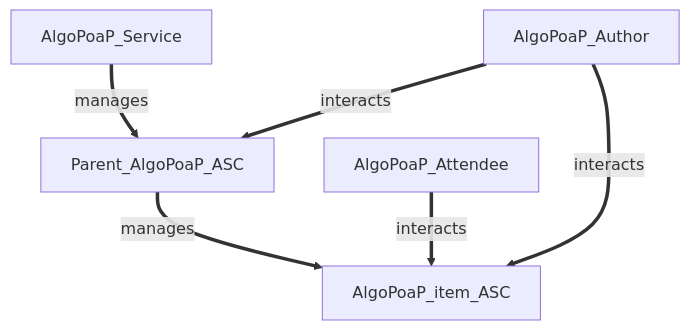
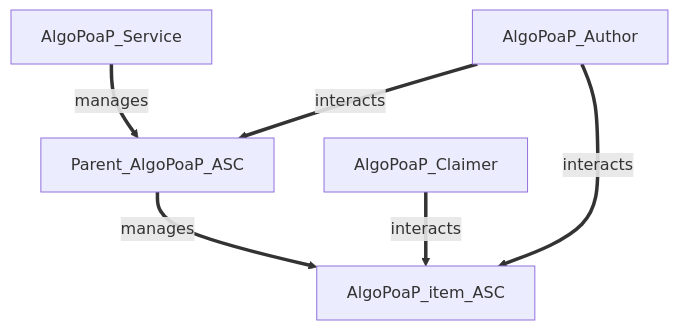
One commit to GoPlausible/.github changed the fourth of 8 diagrams in profile/README.md. Above: the diagram before and after it, drawn with Mermaid. The commit also changed other lines of this file, not shown here.

````diff
--- a/profile/README.md
+++ b/profile/README.md
@@ -291,9 +226,9 @@
 ```mermaid
   graph TD;
       AlgoPoaP_Service== manages ==>Parent_AlgoPoaP_ASC;
       Parent_AlgoPoaP_ASC== manages ==>AlgoPoaP_item_ASC;
       
-      AlgoPoaP_Attendee== interacts ==>AlgoPoaP_item_ASC;
+      AlgoPoaP_Claimer== interacts ==>AlgoPoaP_item_ASC;
       AlgoPoaP_Author== interacts ==>Parent_AlgoPoaP_ASC;
       AlgoPoaP_Author== interacts ==>AlgoPoaP_item_ASC;
 ```
````
